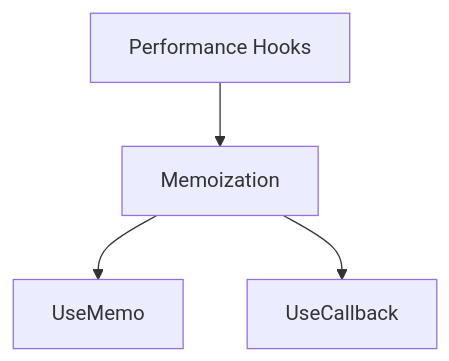
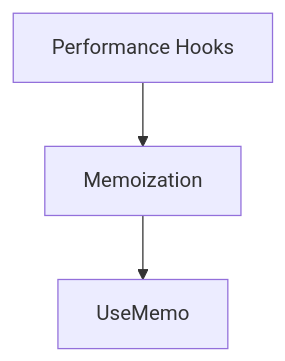
One commit to Klako/Ivy-Framework changed the second of 6 diagrams in src/Ivy.Docs.Shared/Docs/03_Hooks/01_HookIntroduction.md. Above: the diagram before and after it, drawn with Mermaid. The commit also changed other lines of this file and 10 other files, not shown here.

````diff
--- a/src/Ivy.Docs.Shared/Docs/03_Hooks/01_HookIntroduction.md
+++ b/src/Ivy.Docs.Shared/Docs/03_Hooks/01_HookIntroduction.md
@@ -181,7 +181,6 @@
 ```mermaid
 flowchart TB
     A[Performance Hooks] --> B[Memoization]
     
     B --> B1[UseMemo]
-    B --> B2[UseCallback]
 ```
````
